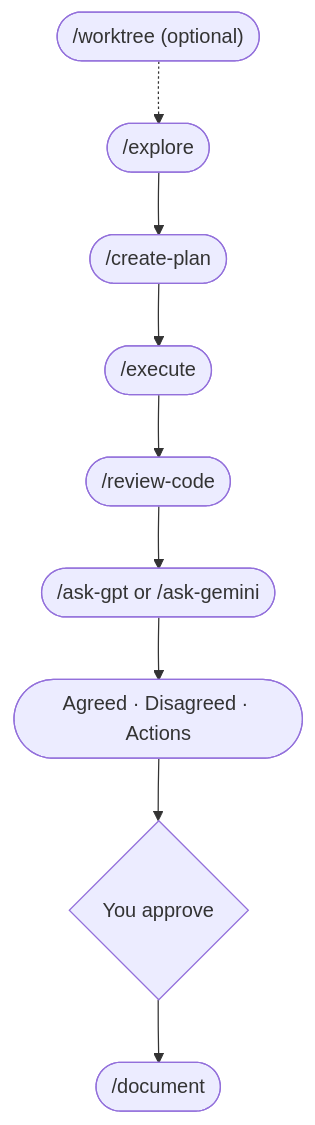
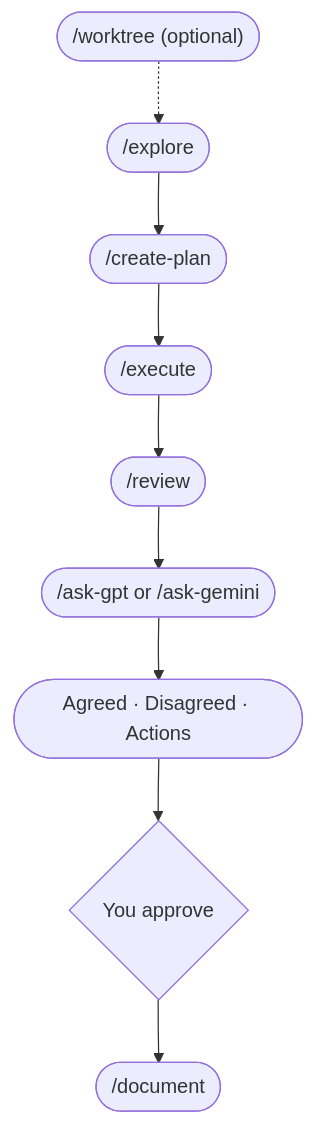
Before and after one commit to mayankmankhand/llm-peer-review: the diagram in README.md, drawn with Mermaid. The commit also changed other lines of this file and 32 other files, not shown here.

````diff
--- a/README.md
+++ b/README.md
@@ -13,11 +13,11 @@
 ```mermaid
 flowchart TD
     W(["/worktree (optional)"]) -.-> A(["/explore"])
     A --> B(["/create-plan"])
     B --> C(["/execute"])
-    C --> D(["/review-code"])
+    C --> D(["/review"])
     D --> E(["/ask-gpt or /ask-gemini"])
     E --> F(["Agreed · Disagreed · Actions"])
     F --> G{"You approve"}
     G --> H(["/document"])
 ```
````
